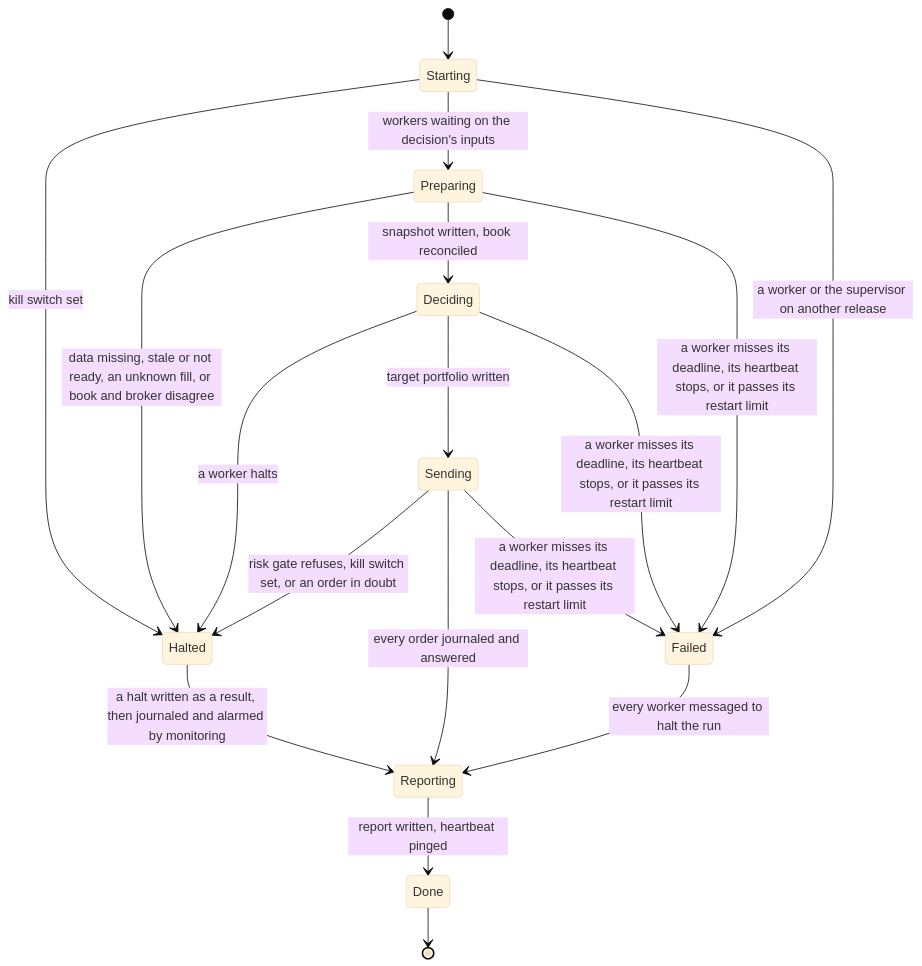
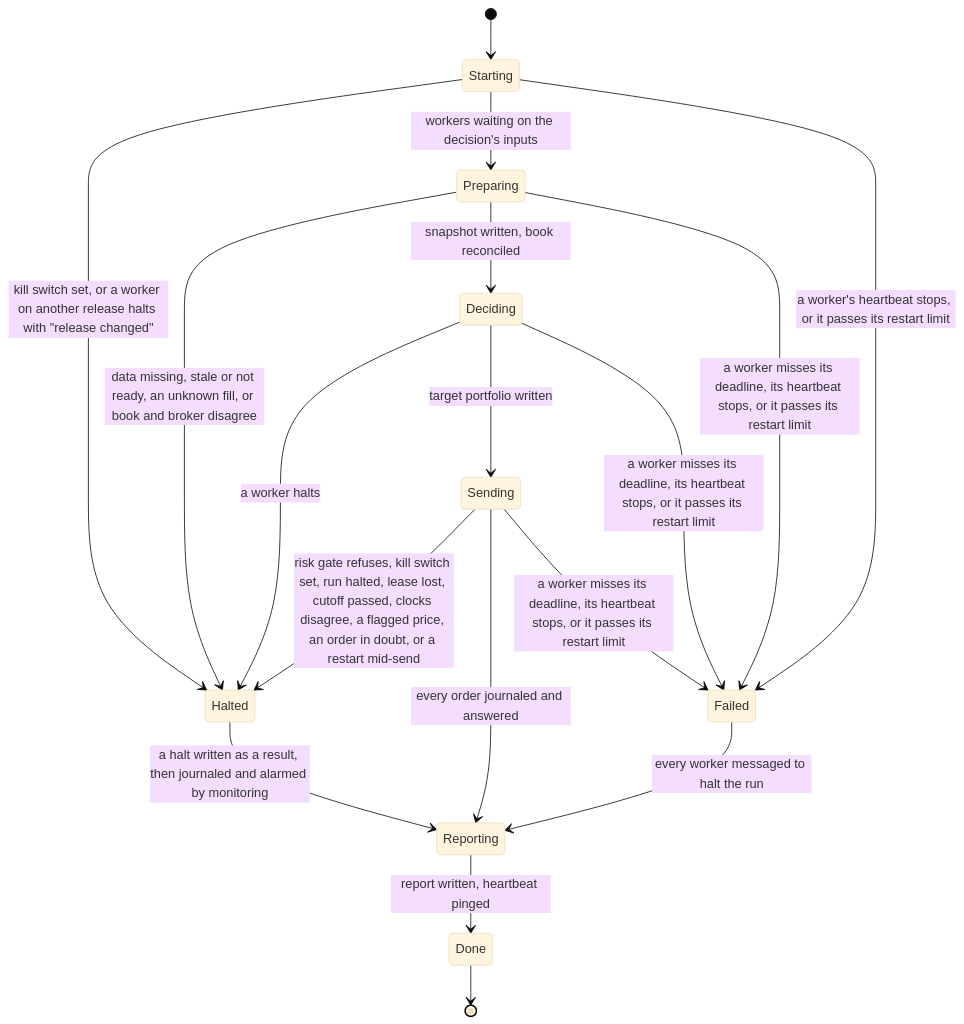
Before and after one commit to l3a0/ithildin-runtime: diagram 13 of 16 in docs/architecture.md, drawn with Mermaid (base theme). The commit also changed other lines of this file and 2 other files, not shown here.

First line of the commit message:
docs(architecture): scrub the diagrams and prose against the latest design

````diff
--- a/docs/architecture.md
+++ b/docs/architecture.md
@@ -1468,20 +1513,20 @@
 ```mermaid
 stateDiagram-v2
     [*] --> Starting
-    Starting --> Halted: kill switch set
+    Starting --> Halted: kill switch set, or a worker on another release halts with "release changed"
     Starting --> Preparing: workers waiting on the decision's inputs
     Preparing --> Halted: data missing, stale or not ready, an unknown fill, or book and broker disagree
     Preparing --> Deciding: snapshot written, book reconciled
     Deciding --> Halted: a worker halts
     Deciding --> Sending: target portfolio written
-    Sending --> Halted: risk gate refuses, kill switch set, or an order in doubt
+    Sending --> Halted: risk gate refuses, kill switch set, run halted, lease lost, cutoff passed, clocks disagree, a flagged price, an order in doubt, or a restart mid-send
     Sending --> Reporting: every order journaled and answered
     Halted --> Reporting: a halt written as a result, then journaled and alarmed by monitoring
     Reporting --> Done: report written, heartbeat pinged
     Done --> [*]
-    Starting --> Failed: a worker or the supervisor on another release
+    Starting --> Failed: a worker's heartbeat stops, or it passes its restart limit
     Preparing --> Failed: a worker misses its deadline, its heartbeat stops, or it passes its restart limit
     Deciding --> Failed: a worker misses its deadline, its heartbeat stops, or it passes its restart limit
     Sending --> Failed: a worker misses its deadline, its heartbeat stops, or it passes its restart limit
     Failed --> Reporting: every worker messaged to halt the run
 ```
````
